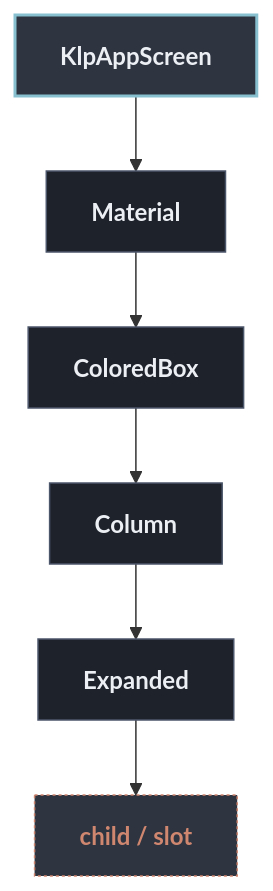
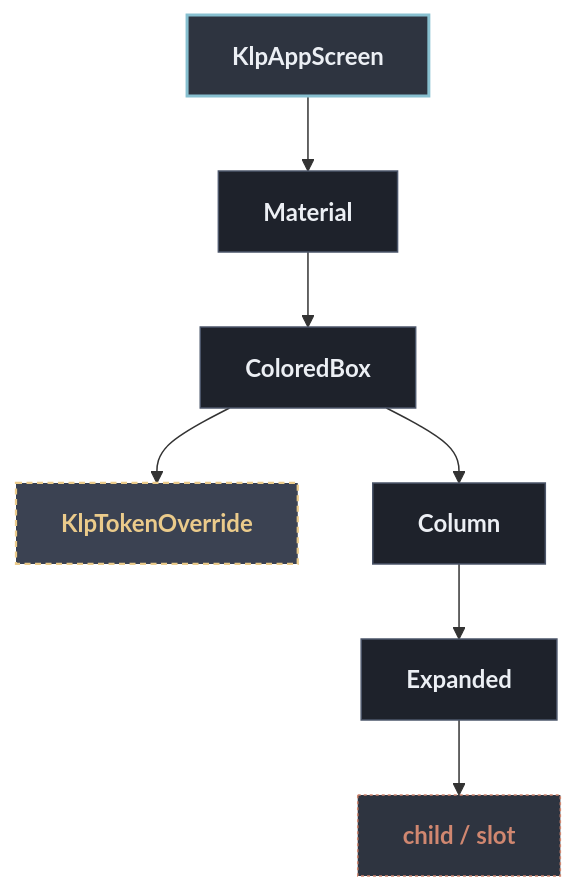
The diagram in docs/architecture/components/shell/klp_app_screen.md (MiuDog/Kallopis), drawn with Mermaid before and after one commit. The commit also changed other lines of this file and 123 other files, not shown here.

First line of the commit message:
docs(architecture): regenerate per-component trees, unbreak the generator

````diff
--- a/docs/architecture/components/shell/klp_app_screen.md
+++ b/docs/architecture/components/shell/klp_app_screen.md
@@ -13,20 +13,22 @@
 ```mermaid
 flowchart TD
   classDef default fill:#1E222B,stroke:#4C566A,stroke-width:1px,color:#ECEFF4;
   classDef root fill:#2E3440,stroke:#88C0D0,stroke-width:2px,color:#ECEFF4,font-weight:bold;
   classDef reference fill:#3B4252,stroke:#EBCB8B,stroke-width:1.5px,stroke-dasharray: 4 3,color:#EBCB8B;
   classDef container fill:#2E3440,stroke:#A3BE8C,stroke-width:1.5px,color:#A3BE8C;
   classDef slot fill:#2E3440,stroke:#D08770,stroke-width:1px,stroke-dasharray: 2 2,color:#D08770;
 
   root["KlpAppScreen"]:::root
   n1["Material"]
   root --> n1
   n2["ColoredBox"]
   n1 --> n2
-  n3["Column"]
+  n3["KlpTokenOverride"]:::reference
   n2 --> n3
-  n4["Expanded"]
-  n3 --> n4
-  n5["child / slot"]:::slot
+  n4["Column"]
+  n2 --> n4
+  n5["Expanded"]
   n4 --> n5
+  n6["child / slot"]:::slot
+  n5 --> n6
 ```
````
